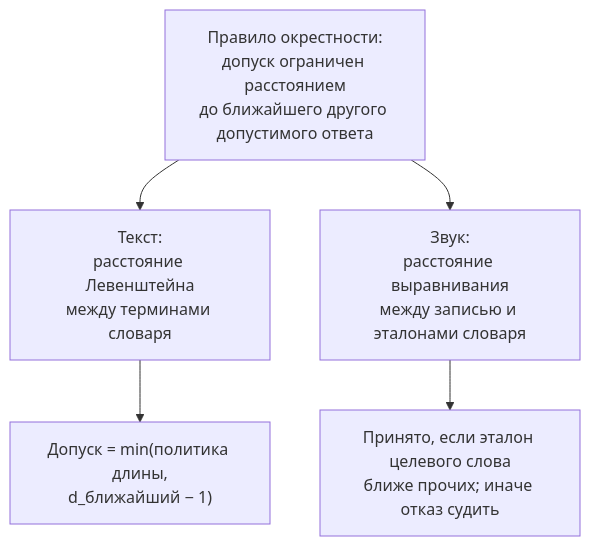
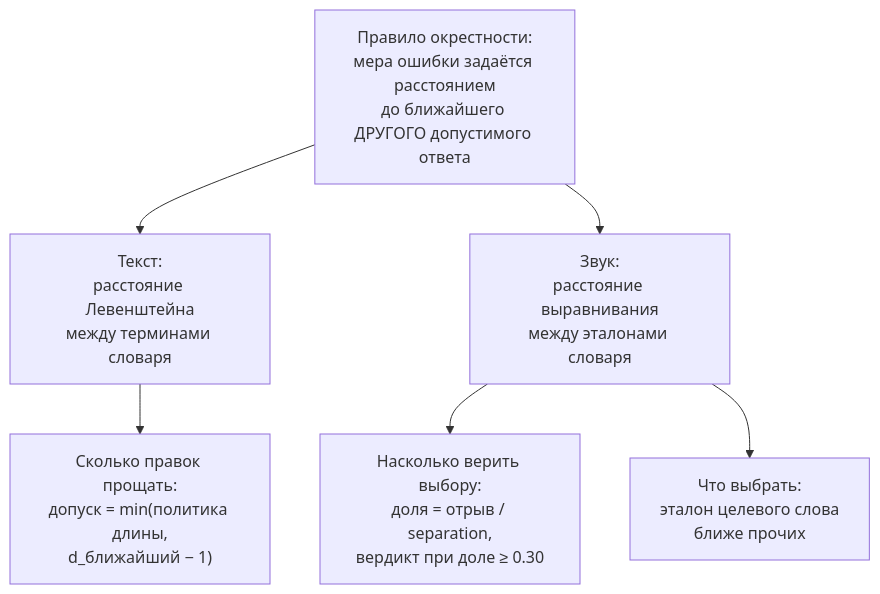
One commit to ventanolemon/GenerationWeb changed the second of 5 diagrams in docs/thesis/05a-logical-architecture.md. Above: the diagram before and after it, drawn with Mermaid. The commit also changed other lines of this file and 18 other files, not shown here.

````diff
--- a/docs/thesis/05a-logical-architecture.md
+++ b/docs/thesis/05a-logical-architecture.md
@@ -151,10 +151,12 @@
 ```mermaid
 flowchart TB
-    R["Правило окрестности:<br/>допуск ограничен расстоянием<br/>до ближайшего другого допустимого ответа"]
+    R["Правило окрестности:<br/>мера ошибки задаётся расстоянием<br/>до ближайшего ДРУГОГО допустимого ответа"]
     T["Текст:<br/>расстояние Левенштейна<br/>между терминами словаря"]
-    A["Звук:<br/>расстояние выравнивания<br/>между записью и эталонами словаря"]
-    RT["Допуск = min(политика длины,<br/>d_ближайший − 1)"]
-    RA["Принято, если эталон целевого слова<br/>ближе прочих; иначе отказ судить"]
+    A["Звук:<br/>расстояние выравнивания<br/>между эталонами словаря"]
+    RT["Сколько правок прощать:<br/>допуск = min(политика длины,<br/>d_ближайший − 1)"]
+    RA["Насколько верить выбору:<br/>доля = отрыв / separation,<br/>вердикт при доле ≥ 0.30"]
+    RA2["Что выбрать:<br/>эталон целевого слова<br/>ближе прочих"]
     R --> T --> RT
     R --> A --> RA
+    A --> RA2
 ```
````
